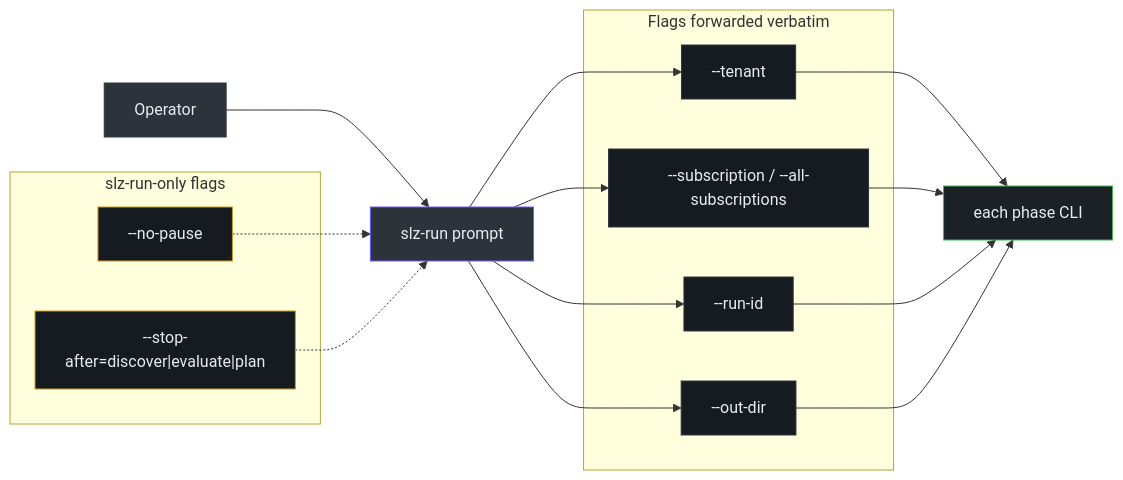
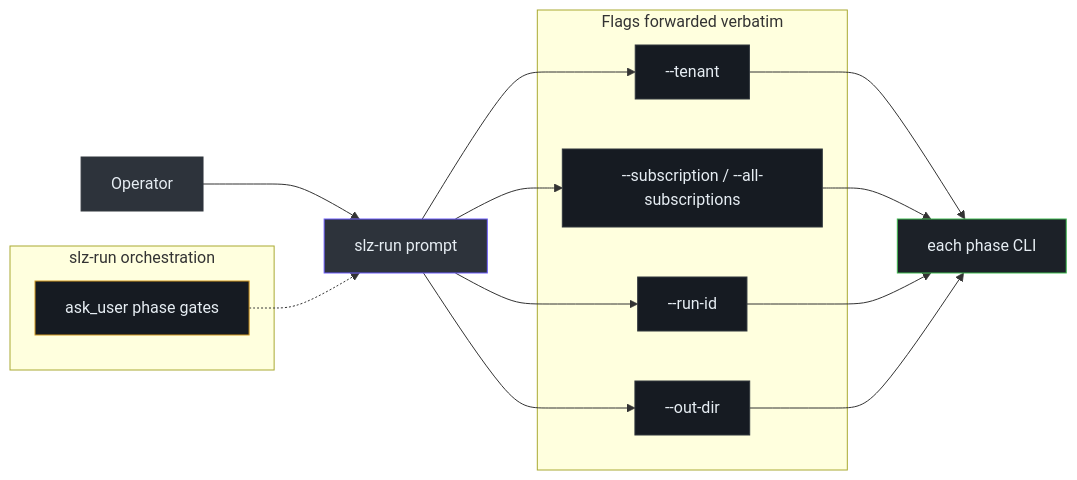
Before and after one commit to msucharda/slz-readiness: the second of 2 diagrams in wiki/docs/deep-dive/orchestration.md, drawn with Mermaid. The commit also changed other lines of this file and 39 other files, not shown here.

````diff
--- a/wiki/docs/deep-dive/orchestration.md
+++ b/wiki/docs/deep-dive/orchestration.md
@@ -50,28 +55,26 @@
 ```mermaid
 flowchart LR
     Op["Operator"]:::op
     Orch["slz-run prompt"]:::o
 
     subgraph Flags["Flags forwarded verbatim"]
         F1["--tenant"]:::f
         F2["--subscription / --all-subscriptions"]:::f
         F3["--run-id"]:::f
         F4["--out-dir"]:::f
     end
 
-    subgraph Local["slz-run-only flags"]
-        L1["--no-pause"]:::lf
-        L2["--stop-after=discover|evaluate|plan"]:::lf
+    subgraph Local["slz-run orchestration"]
+        L1["ask_user phase gates"]:::lf
     end
 
     Op --> Orch
     Orch --> F1 & F2 & F3 & F4 --> Phases["each phase CLI"]:::p
     L1 -.-> Orch
-    L2 -.-> Orch
 
     classDef op fill:#2d333b,stroke:#30363d,color:#e6edf3;
     classDef o fill:#2d333b,stroke:#6d5dfc,color:#e6edf3;
     classDef f fill:#161b22,stroke:#30363d,color:#e6edf3;
     classDef lf fill:#161b22,stroke:#d29922,color:#e6edf3;
     classDef p fill:#1c2128,stroke:#3fb950,color:#e6edf3;
 ```
````
